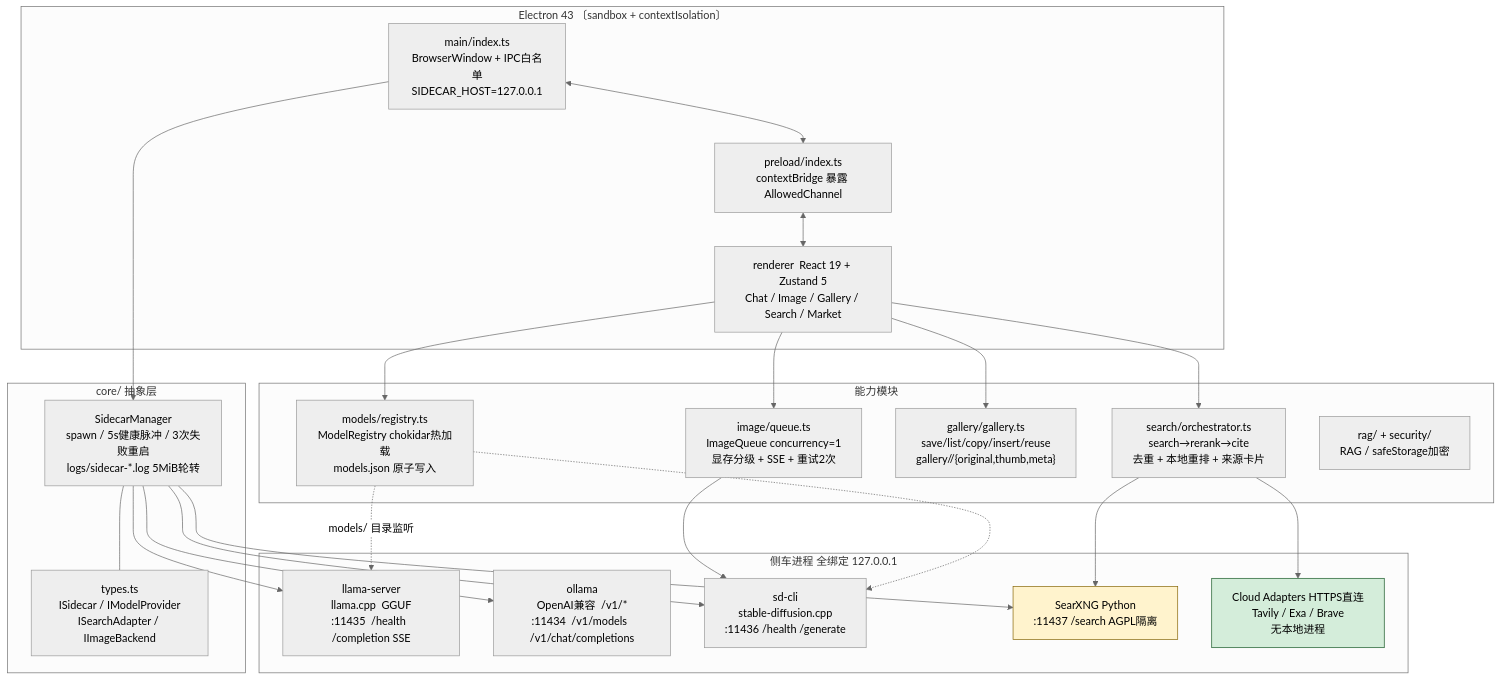
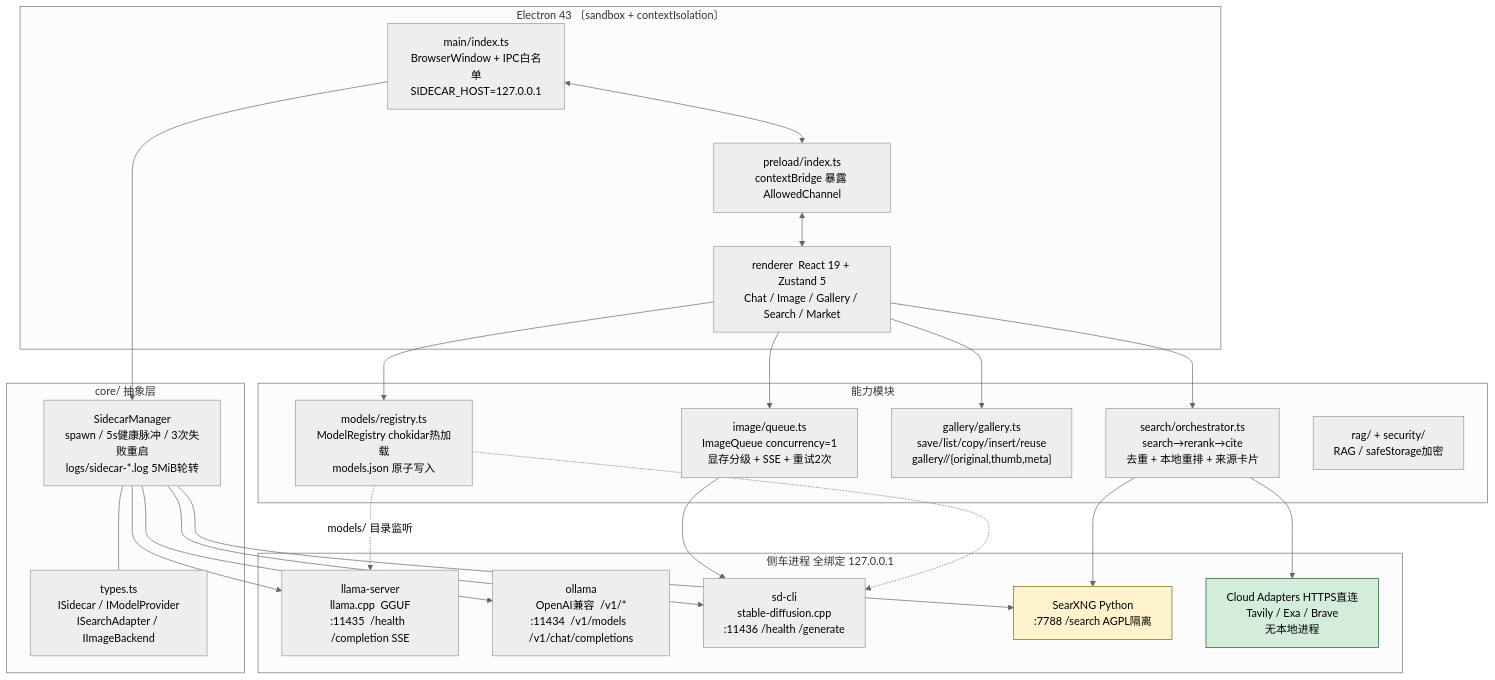
The first of 3 diagrams in docs/ARCHITECTURE.md (WXFffff666/local-ai-suite), drawn with Mermaid (neutral theme) before and after one commit. The commit also changed other lines of this file and 7 other files, not shown here.

````diff
--- a/docs/ARCHITECTURE.md
+++ b/docs/ARCHITECTURE.md
@@ -9,49 +9,49 @@
 ```mermaid
 flowchart TB
   subgraph Electron["Electron 43  〔sandbox + contextIsolation〕"]
     Main["main/index.ts\nBrowserWindow + IPC白名单\nSIDECAR_HOST=127.0.0.1"]
     Preload["preload/index.ts\ncontextBridge 暴露 AllowedChannel"]
     Renderer["renderer  React 19 + Zustand 5\nChat / Image / Gallery / Search / Market"]
     Main <--> Preload <--> Renderer
   end
 
   subgraph Core["core/ 抽象层"]
     SM["SidecarManager\nspawn / 5s健康脉冲 / 3次失败重启\nlogs/sidecar-*.log 5MiB轮转"]
     TY["types.ts\nISidecar / IModelProvider\nISearchAdapter / IImageBackend"]
     SM --- TY
   end
 
   subgraph Sidecars["侧车进程  全绑定 127.0.0.1"]
     Llama["llama-server\nllama.cpp  GGUF\n:11435  /health  /completion SSE"]
     Ollama["ollama\nOpenAI兼容  /v1/*\n:11434  /v1/models  /v1/chat/completions"]
     SD["sd-cli\nstable-diffusion.cpp\n:11436  /health  /generate"]
-    SearxNG["SearXNG  Python\n:11437  /search  AGPL隔离"]
+    SearxNG["SearXNG  Python\n:7788  /search  AGPL隔离"]
     Cloud["Cloud Adapters  HTTPS直连\nTavily / Exa / Brave\n无本地进程"]
   end
 
   subgraph Modules["能力模块"]
     Models["models/registry.ts\nModelRegistry chokidar热加载\nmodels.json 原子写入"]
     ImageQ["image/queue.ts\nImageQueue  concurrency=1\n显存分级 + SSE + 重试2次"]
     Gallery["gallery/gallery.ts\nsave/list/copy/insert/reuse\ngallery/<id>/{original,thumb,meta}"]
     SearchO["search/orchestrator.ts\nsearch→rerank→cite\n去重 + 本地重排 + 来源卡片"]
     Rag["rag/ + security/\nRAG / safeStorage加密"]
   end
 
   Main --> SM
   SM --> Llama
   SM --> Ollama
   SM --> SD
   SM --> SearxNG
   Renderer --> SearchO
   SearchO --> SearxNG
   SearchO --> Cloud
   Renderer --> ImageQ
   ImageQ --> SD
   Renderer --> Gallery
   Renderer --> Models
   Models -.->|"models/ 目录监听"| Llama
   Models -.-> SD
 
   style SearxNG fill:#fff3cd,stroke:#856404
   style Cloud fill:#d4edda,stroke:#155724
 ```
````
